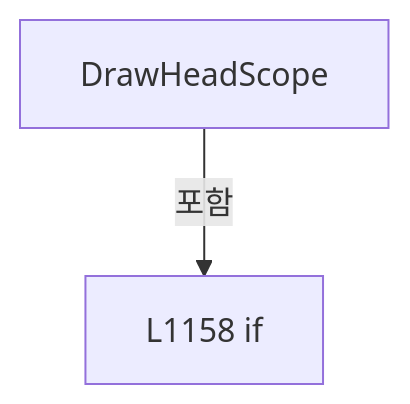
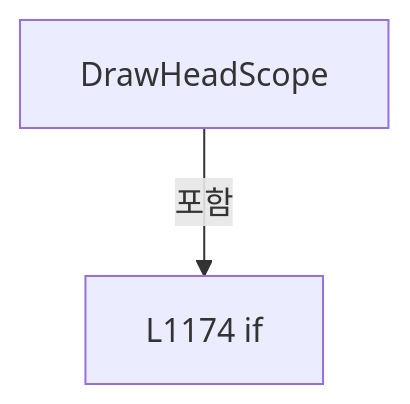
The tenth of 22 diagrams in A3 LD Code Ref/files/Drilling.UI/Menu/Menus/CReviewGlassPreviewBuilder.cs.md (kjuws10-rgb/Shared), drawn with Mermaid before and after one commit. The commit also changed other lines of this file and 2071 other files, not shown here.

Commit message:
docs(a3): update 11.19.0 architecture and code reference

````diff
--- a/A3 LD Code Ref/files/Drilling.UI/Menu/Menus/CReviewGlassPreviewBuilder.cs.md
+++ b/A3 LD Code Ref/files/Drilling.UI/Menu/Menus/CReviewGlassPreviewBuilder.cs.md
@@ -1939,6 +1954,6 @@
 ```mermaid
 flowchart TD
  M["DrawHeadScope"]
- N0["L1158 if"]
+ N0["L1174 if"]
  M -->|포함| N0
 ```
````
